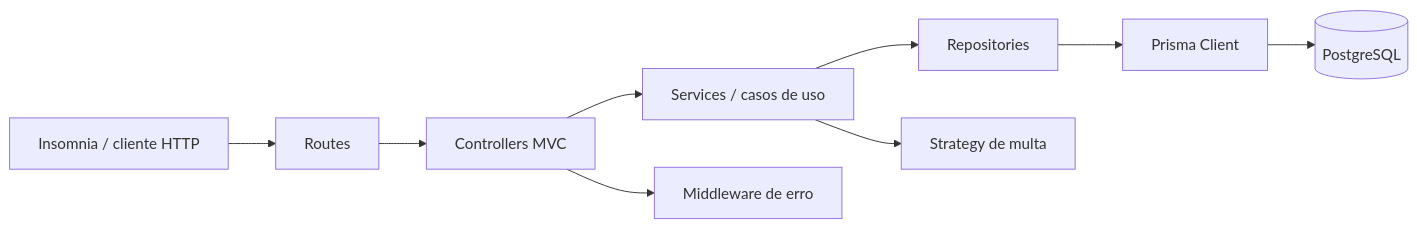
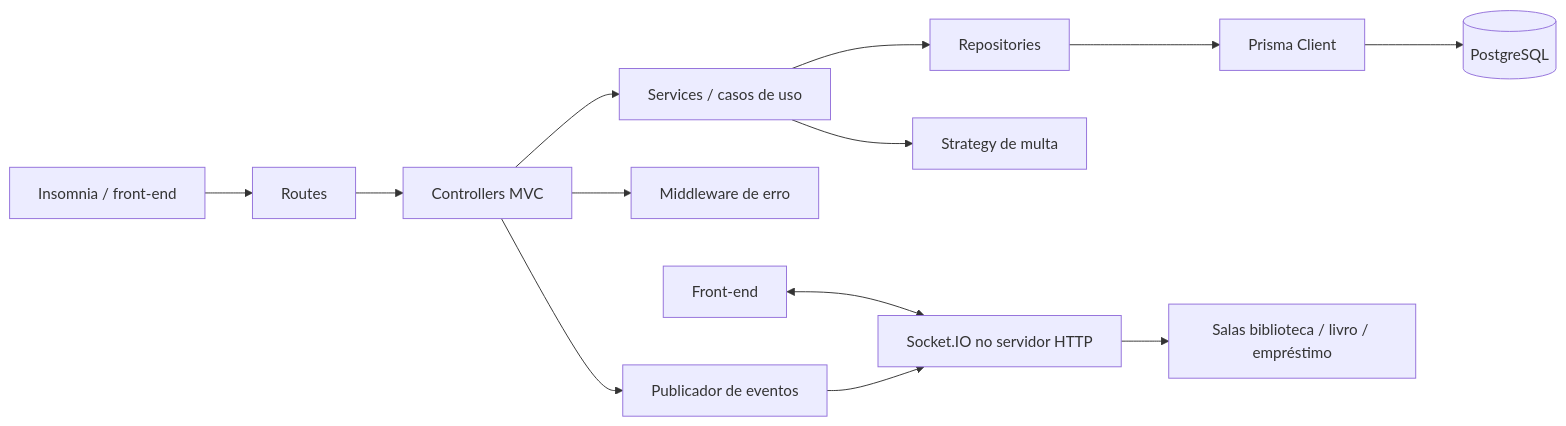
Before and after one commit to projetoanimacao03-coder/trabalho1-api-rest: the diagram in ARQUITETURA.md, drawn with Mermaid. The commit also changed other lines of this file and 26 other files, not shown here.

````diff
--- a/ARQUITETURA.md
+++ b/ARQUITETURA.md
@@ -9,11 +9,15 @@
 ```mermaid
 flowchart LR
-    HTTP[Insomnia / cliente HTTP] --> Routes[Routes]
+    HTTP[Insomnia / front-end] --> Routes[Routes]
     Routes --> Controllers[Controllers MVC]
     Controllers --> Services[Services / casos de uso]
     Services --> Repositories[Repositories]
     Repositories --> Prisma[Prisma Client]
     Prisma --> PostgreSQL[(PostgreSQL)]
     Services --> Strategy[Strategy de multa]
     Controllers --> Errors[Middleware de erro]
+    Controllers --> Events[Publicador de eventos]
+    Frontend[Front-end] <--> SocketIO[Socket.IO no servidor HTTP]
+    SocketIO --> Rooms[Salas biblioteca / livro / empréstimo]
+    Events --> SocketIO
 ```
````
